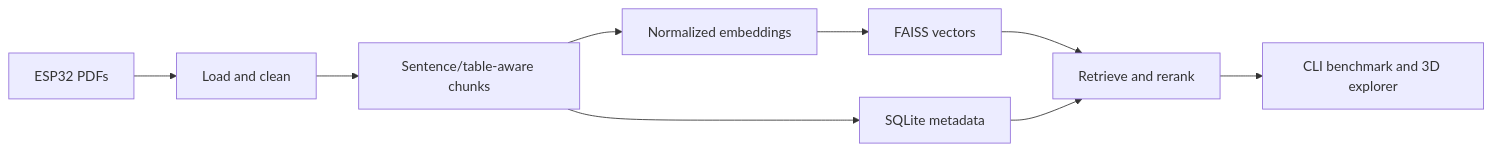
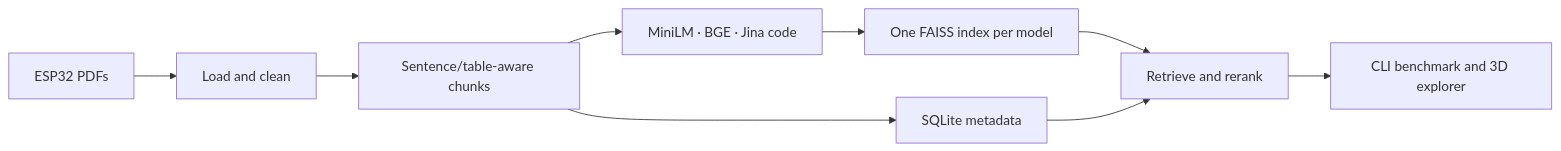
One commit to TomiHeikkinen96/Embedded-Rag-Evaluation-Platform changed the second of 2 diagrams in README.md. Above: the diagram before and after it, drawn with Mermaid. The commit also changed other lines of this file and 21 other files, not shown here.

Commit message:
Added support for multiple embeddings model evaluation

````diff
--- a/README.md
+++ b/README.md
@@ -57,11 +58,11 @@
 ```mermaid
 flowchart LR
     PDF["ESP32 PDFs"] --> LOAD["Load and clean"]
     LOAD --> CHUNK["Sentence/table-aware chunks"]
-    CHUNK --> EMBED["Normalized embeddings"]
-    EMBED --> FAISS["FAISS vectors"]
+    CHUNK --> EMBED["MiniLM · BGE · Jina code"]
+    EMBED --> FAISS["One FAISS index per model"]
     CHUNK --> SQLITE["SQLite metadata"]
     FAISS --> SEARCH["Retrieve and rerank"]
     SQLITE --> SEARCH
     SEARCH --> INSPECT["CLI benchmark and 3D explorer"]
 ```
````
